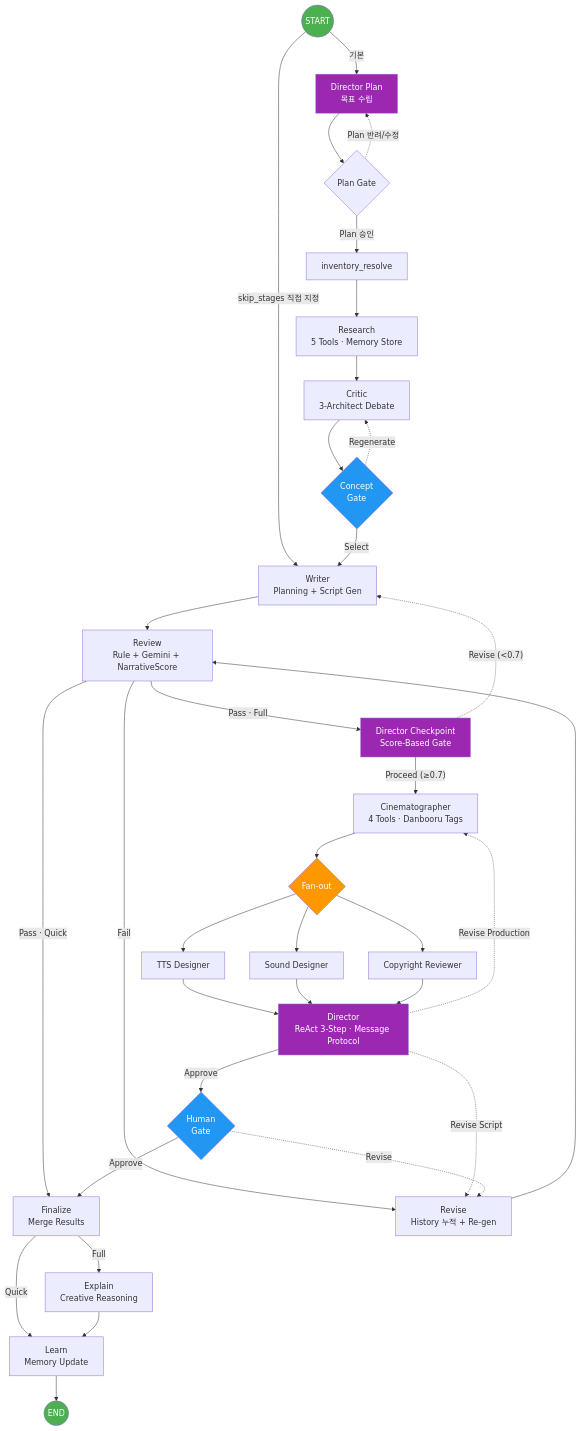
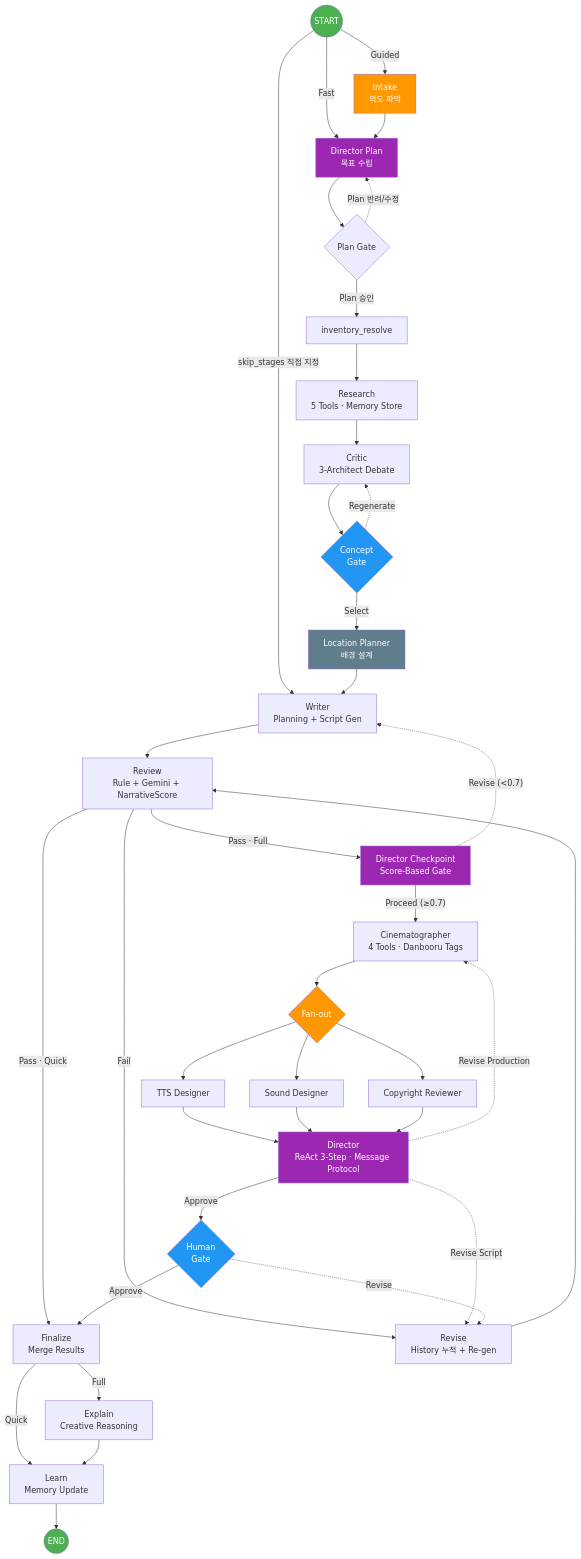
One commit to tomo-playground/sdd-orchestrator changed the second of 2 diagrams in README.md. Above: the diagram before and after it, drawn with Mermaid. The commit also changed other lines of this file, not shown here.

````diff
--- a/README.md
+++ b/README.md
@@ -71,57 +71,63 @@
 ```mermaid
 flowchart TD
     START(("START"))
 
     START -->|"skip_stages 직접 지정"| writer
-    START -->|"기본"| director_plan["Director Plan<br/>목표 수립"]
+    START -->|"Fast"| director_plan["Director Plan<br/>목표 수립"]
+    START -->|"Guided"| intake["Intake<br/>의도 파악"]
 
+    intake --> director_plan
     director_plan --> director_plan_gate{"Plan Gate"}
     director_plan_gate -->|"Plan 승인"| inventory_resolve
     director_plan_gate -.->|"Plan 반려/수정"| director_plan
-    
+
     inventory_resolve --> research["Research<br/>5 Tools · Memory Store"]
     research --> critic["Critic<br/>3-Architect Debate"]
     critic --> concept_gate{"Concept<br/>Gate"}
-    concept_gate -->|"Select"| writer["Writer<br/>Planning + Script Gen"]
+    concept_gate -->|"Select"| location["Location Planner<br/>배경 설계"]
     concept_gate -.->|"Regenerate"| critic
+
+    location --> writer["Writer<br/>Planning + Script Gen"]
 
     writer --> review["Review<br/>Rule + Gemini + NarrativeScore"]
 
     review -->|"Pass · Full"| checkpoint["Director Checkpoint<br/>Score-Based Gate"]
     review -->|"Pass · Quick"| finalize["Finalize<br/>Merge Results"]
     review -->|"Fail"| revise["Revise<br/>History 누적 + Re-gen"]
     revise --> review
 
     checkpoint -->|"Proceed (≥0.7)"| cine["Cinematographer<br/>4 Tools · Danbooru Tags"]
     checkpoint -.->|"Revise (<0.7)"| writer
 
     cine --> fan{"Fan-out"}
     fan --> tts["TTS Designer"]
     fan --> sound["Sound Designer"]
     fan --> copyright["Copyright Reviewer"]
 
     tts --> director
     sound --> director
     copyright --> director["Director<br/>ReAct 3-Step · Message Protocol"]
 
     director -->|"Approve"| human{"Human<br/>Gate"}
     director -.->|"Revise Script"| revise
     director -.->|"Revise Production"| cine
 
     human -->|"Approve"| finalize
     human -.->|"Revise"| revise
 
     finalize -->|"Full"| explain["Explain<br/>Creative Reasoning"]
     finalize -->|"Quick"| learn
     explain --> learn["Learn<br/>Memory Update"]
     learn --> DONE(("END"))
 
     style START fill:#4CAF50,color:#fff
     style DONE fill:#4CAF50,color:#fff
+    style intake fill:#FF9800,color:#fff
+    style location fill:#607D8B,color:#fff
     style fan fill:#FF9800,color:#fff
     style concept_gate fill:#2196F3,color:#fff
     style checkpoint fill:#9C27B0,color:#fff
     style human fill:#2196F3,color:#fff
     style director fill:#9C27B0,color:#fff
     style director_plan fill:#9C27B0,color:#fff
 ```
````
